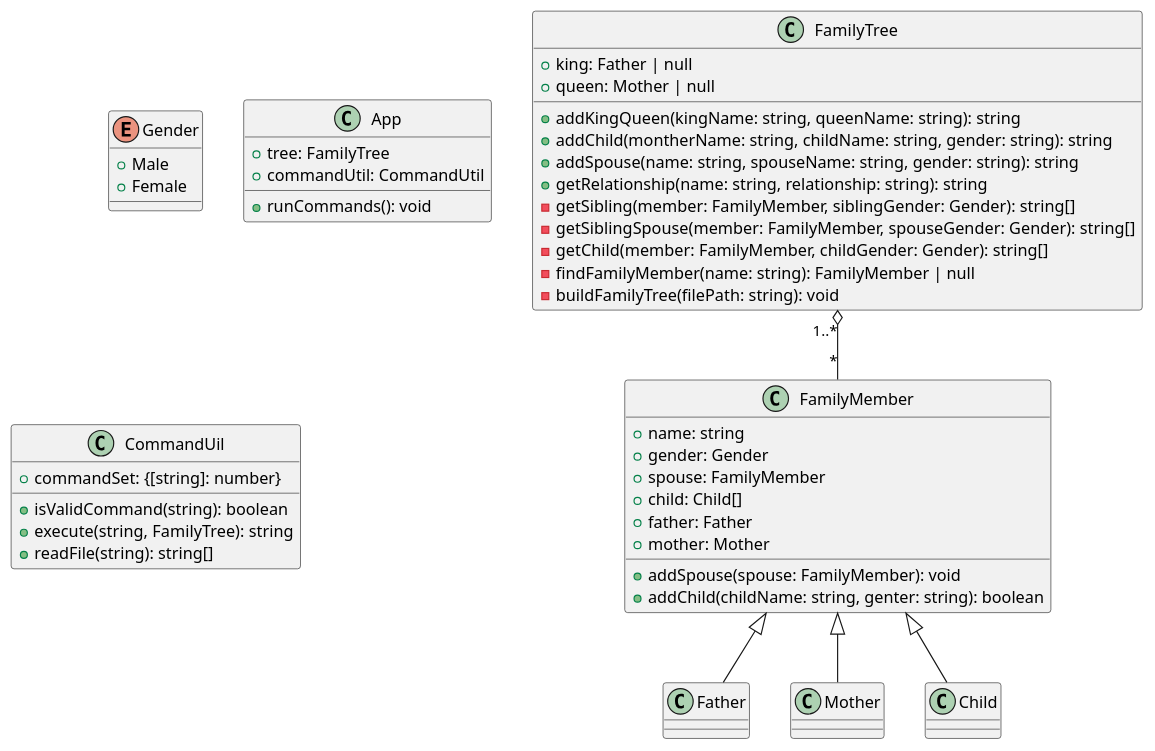
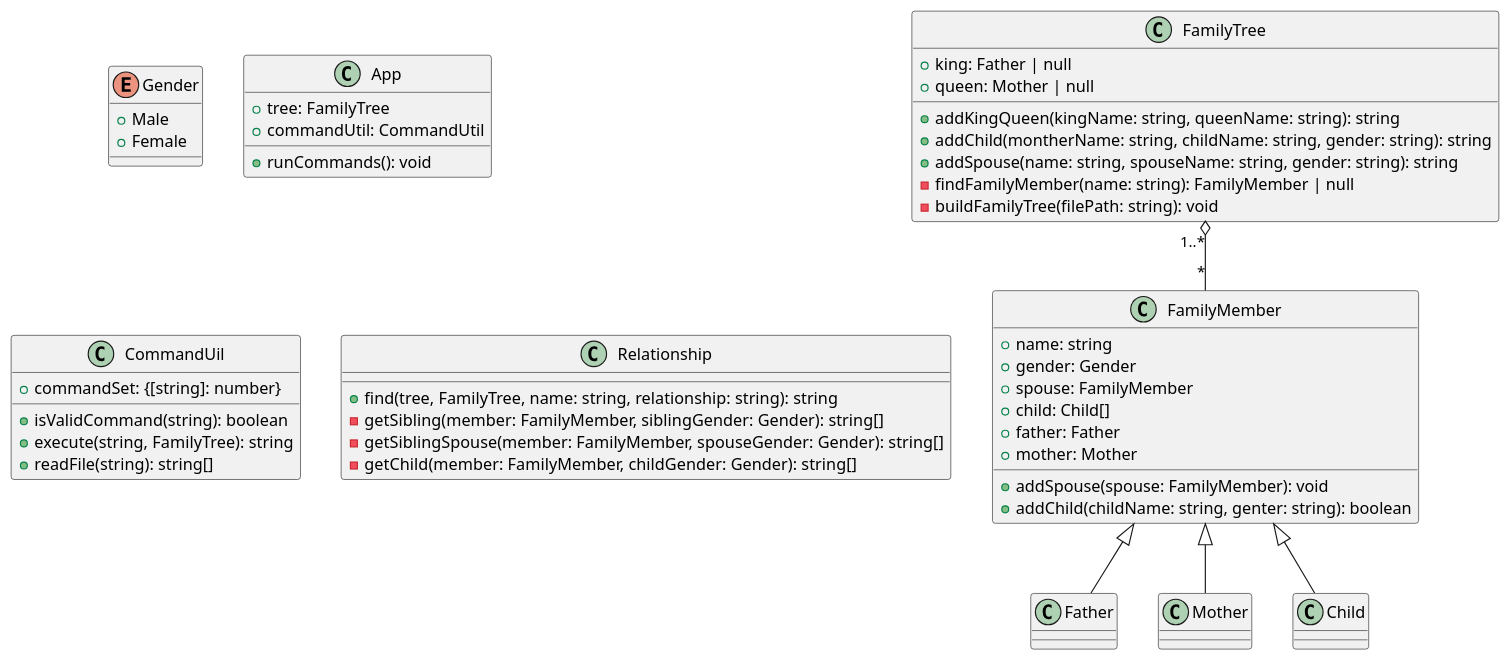
Before and after one commit to evaou/family-tree: the diagram in uml/class-diagram.puml, drawn with PlantUML.

Commit message:
add Relationship class

```diff
--- a/uml/class-diagram.puml
+++ b/uml/class-diagram.puml
@@ -1,61 +1,64 @@
 @startuml class diagram
 
 enum Gender {
     +Male
     +Female
 }
 
 class App {
     +tree: FamilyTree
     +commandUtil: CommandUtil
     +runCommands(): void
 }
 
 class CommandUil {
     +commandSet: {[string]: number}
     +isValidCommand(string): boolean
     +execute(string, FamilyTree): string
     +readFile(string): string[]
 }
 
+class Relationship {
+    +find(tree, FamilyTree, name: string, relationship: string): string
+    -getSibling(member: FamilyMember, siblingGender: Gender): string[]
+    -getSiblingSpouse(member: FamilyMember, spouseGender: Gender): string[]
+    -getChild(member: FamilyMember, childGender: Gender): string[]
+}
+
 class FamilyTree {
     +king: Father | null
     +queen: Mother | null
     +addKingQueen(kingName: string, queenName: string): string 
     +addChild(montherName: string, childName: string, gender: string): string
     +addSpouse(name: string, spouseName: string, gender: string): string
-    +getRelationship(name: string, relationship: string): string
-    -getSibling(member: FamilyMember, siblingGender: Gender): string[]
-    -getSiblingSpouse(member: FamilyMember, spouseGender: Gender): string[]
-    -getChild(member: FamilyMember, childGender: Gender): string[]
     -findFamilyMember(name: string): FamilyMember | null
     -buildFamilyTree(filePath: string): void 
 }
 
 class FamilyMember {
     +name: string
     +gender: Gender
     +spouse: FamilyMember
     +child: Child[]
     +father: Father
     +mother: Mother
     +addSpouse(spouse: FamilyMember): void
     +addChild(childName: string, genter: string): boolean
 }
 
 class Father {
 }
 
 class Mother {
 }
 
 class Child {
 }
 
 FamilyTree "1..*" o-- "*" FamilyMember
 
 FamilyMember <|-- Father
 FamilyMember <|--  Mother
 FamilyMember <|--  Child
 
 @enduml
```
